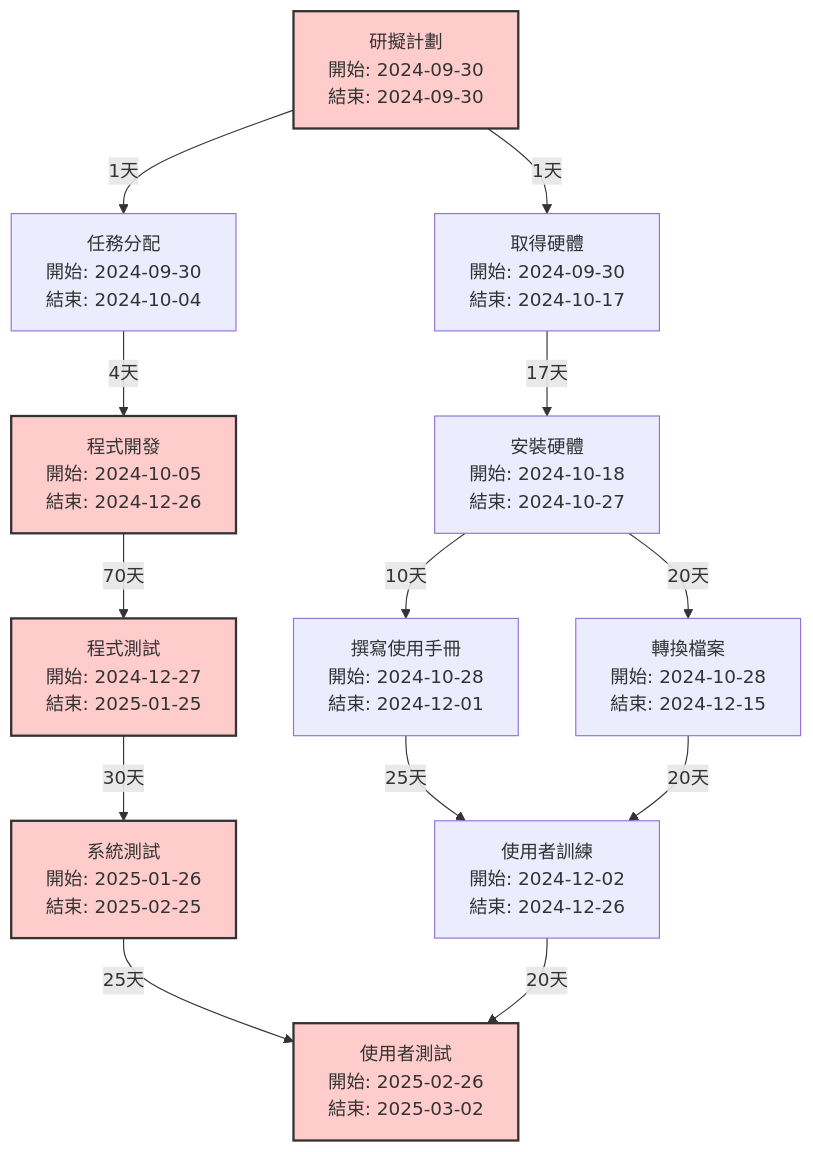
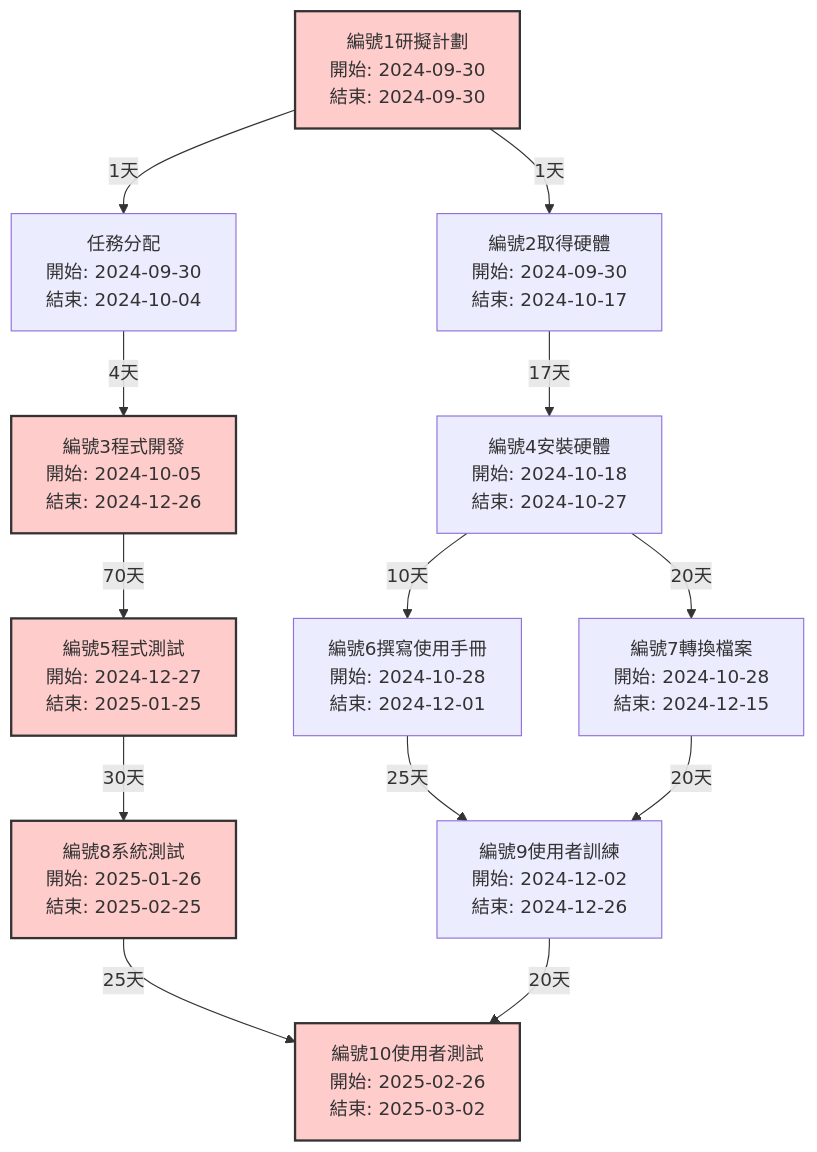
Before and after one commit to jim-a11y/hw2: the diagram in 關鍵路徑.md, drawn with Mermaid. The commit also changed other lines of this file, not shown here.

````diff
--- a/關鍵路徑.md
+++ b/關鍵路徑.md
@@ -1,21 +1,21 @@
 ```mermaid
 graph TD;
-    A[研擬計劃<br/>開始: 2024-09-30<br/>結束: 2024-09-30] -->|1天| B[任務分配<br/>開始: 2024-09-30<br/>結束: 2024-10-04];
-    A -->|1天| C[取得硬體<br/>開始: 2024-09-30<br/>結束: 2024-10-17];
-    B -->|4天| D[程式開發<br/>開始: 2024-10-05<br/>結束: 2024-12-26];
-    C -->|17天| E[安裝硬體<br/>開始: 2024-10-18<br/>結束: 2024-10-27];
-    D -->|70天| F[程式測試<br/>開始: 2024-12-27<br/>結束: 2025-01-25];
-    E -->|10天| G[撰寫使用手冊<br/>開始: 2024-10-28<br/>結束: 2024-12-01];
-    E -->|20天| H[轉換檔案<br/>開始: 2024-10-28<br/>結束: 2024-12-15];
-    F -->|30天| I[系統測試<br/>開始: 2025-01-26<br/>結束: 2025-02-25];
-    G -->|25天| J[使用者訓練<br/>開始: 2024-12-02<br/>結束: 2024-12-26];
+    A[編號1研擬計劃<br/>開始: 2024-09-30<br/>結束: 2024-09-30] -->|1天| B[任務分配<br/>開始: 2024-09-30<br/>結束: 2024-10-04];
+    A -->|1天| C[編號2取得硬體<br/>開始: 2024-09-30<br/>結束: 2024-10-17];
+    B -->|4天| D[編號3程式開發<br/>開始: 2024-10-05<br/>結束: 2024-12-26];
+    C -->|17天| E[編號4安裝硬體<br/>開始: 2024-10-18<br/>結束: 2024-10-27];
+    D -->|70天| F[編號5程式測試<br/>開始: 2024-12-27<br/>結束: 2025-01-25];
+    E -->|10天| G[編號6撰寫使用手冊<br/>開始: 2024-10-28<br/>結束: 2024-12-01];
+    E -->|20天| H[編號7轉換檔案<br/>開始: 2024-10-28<br/>結束: 2024-12-15];
+    F -->|30天| I[編號8系統測試<br/>開始: 2025-01-26<br/>結束: 2025-02-25];
+    G -->|25天| J[編號9使用者訓練<br/>開始: 2024-12-02<br/>結束: 2024-12-26];
     H -->|20天| J;
-    I -->|25天| K[使用者測試<br/>開始: 2025-02-26<br/>結束: 2025-03-02];
+    I -->|25天| K[編號10使用者測試<br/>開始: 2025-02-26<br/>結束: 2025-03-02];
     J -->|20天| K;
 
     style A fill:#ffcccc,stroke:#333,stroke-width:2px;
     style D fill:#ffcccc,stroke:#333,stroke-width:2px;
     style F fill:#ffcccc,stroke:#333,stroke-width:2px;
     style I fill:#ffcccc,stroke:#333,stroke-width:2px;
     style K fill:#ffcccc,stroke:#333,stroke-width:2px;
 ```
````
